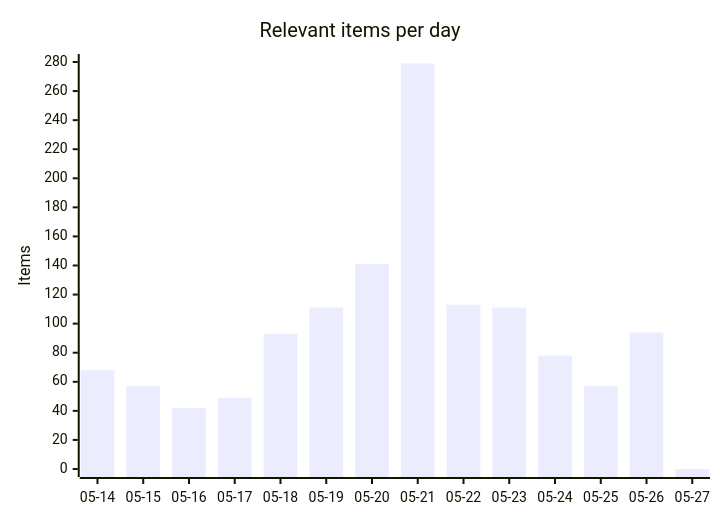
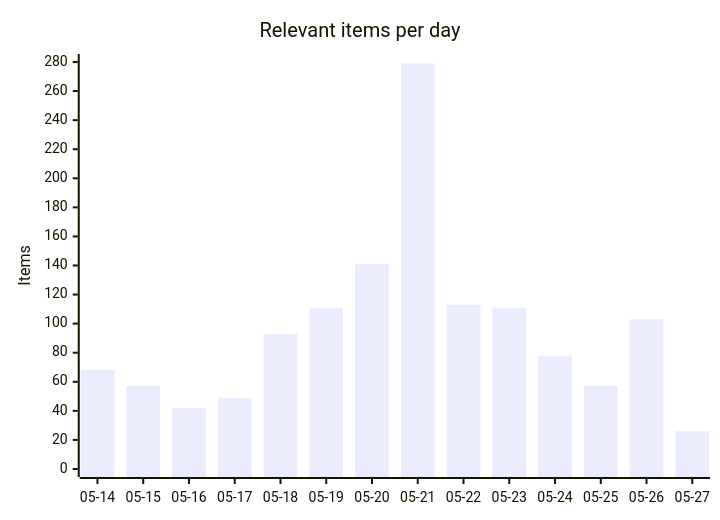
The first of 4 diagrams in README.md (martinbalfanz/social-scanner-reports), drawn with Mermaid before and after one commit. The commit also changed other lines of this file and 4 other files, not shown here.

````diff
--- a/README.md
+++ b/README.md
@@ -30,7 +30,7 @@
 ```mermaid
 xychart-beta
     title "Relevant items per day"
     x-axis ["05-14", "05-15", "05-16", "05-17", "05-18", "05-19", "05-20", "05-21", "05-22", "05-23", "05-24", "05-25", "05-26", "05-27"]
     y-axis "Items" 0 --> 280
-    bar [68, 57, 42, 49, 93, 111, 141, 279, 113, 111, 78, 57, 94, 0]
+    bar [68, 57, 42, 49, 93, 111, 141, 279, 113, 111, 78, 57, 103, 26]
 ```
````
